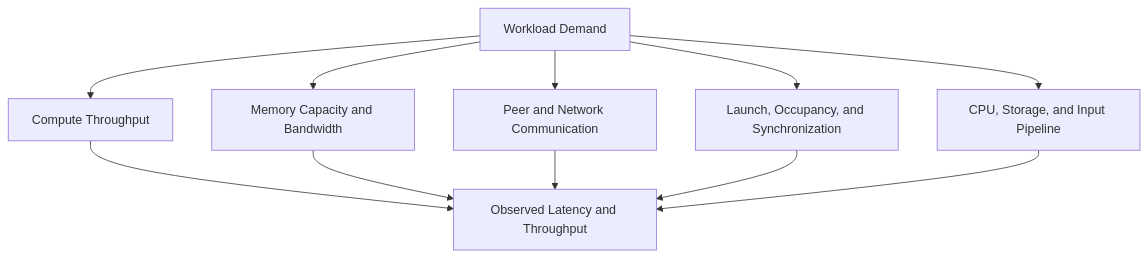
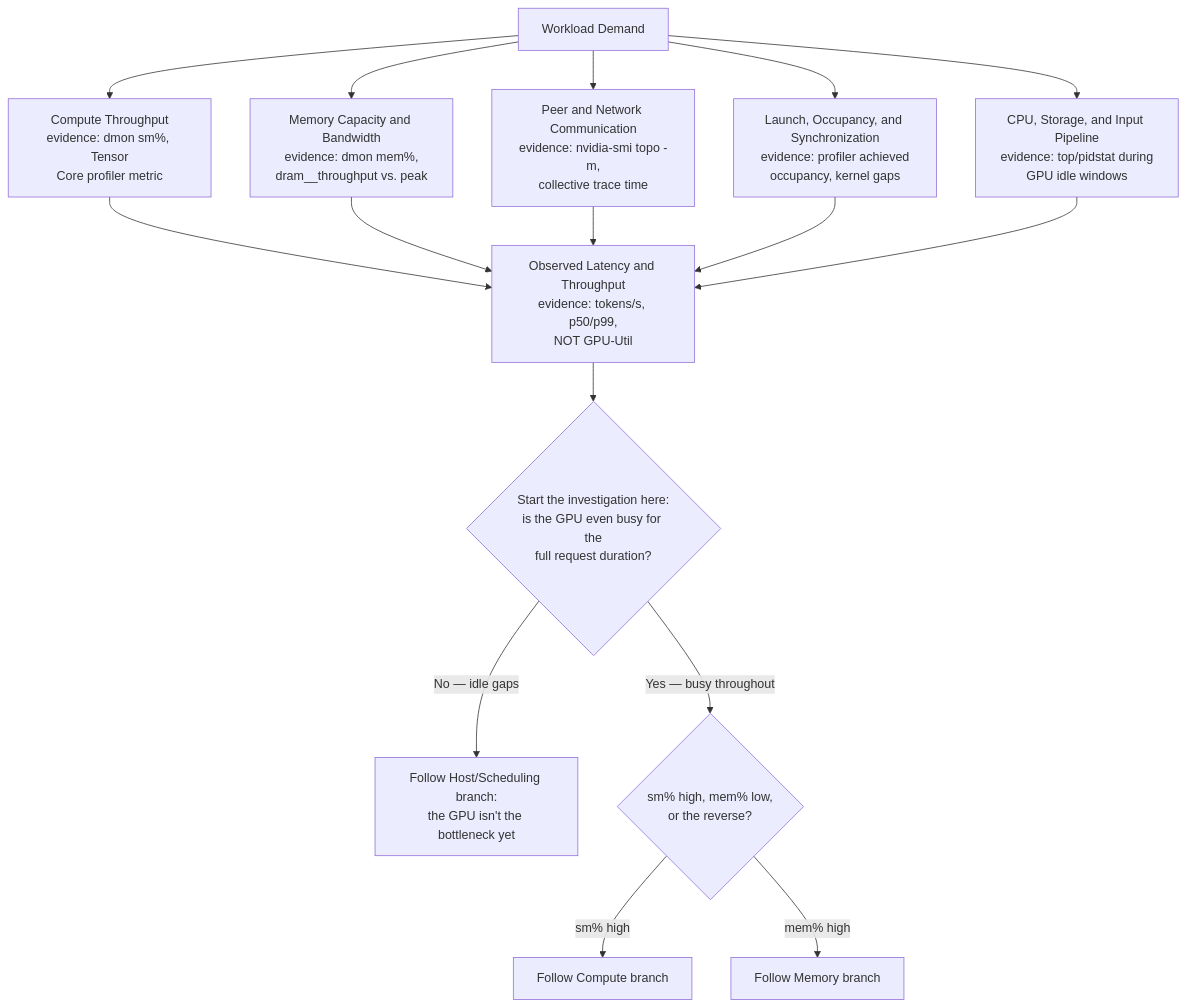
Before and after one commit to jithinpnjm/nvidia-devops: the first of 4 diagrams in docs/nvidia-zero-to-hero/volume-02/chapter-11-building-a-gpu-performance-model.md, drawn with Mermaid. The commit also changed other lines of this file, not shown here.

````diff
--- a/docs/nvidia-zero-to-hero/volume-02/chapter-11-building-a-gpu-performance-model.md
+++ b/docs/nvidia-zero-to-hero/volume-02/chapter-11-building-a-gpu-performance-model.md
@@ -52,16 +52,21 @@
 ```mermaid
 flowchart TD
     Workload[Workload Demand]
-    Compute[Compute Throughput]
-    Memory[Memory Capacity and Bandwidth]
-    Communication[Peer and Network Communication]
-    Scheduling[Launch, Occupancy, and Synchronization]
-    Host[CPU, Storage, and Input Pipeline]
-    Result[Observed Latency and Throughput]
+    Compute["Compute Throughput<br/>evidence: dmon sm%, Tensor<br/>Core profiler metric"]
+    Memory["Memory Capacity and Bandwidth<br/>evidence: dmon mem%,<br/>dram__throughput vs. peak"]
+    Communication["Peer and Network Communication<br/>evidence: nvidia-smi topo -m,<br/>collective trace time"]
+    Scheduling["Launch, Occupancy, and Synchronization<br/>evidence: profiler achieved<br/>occupancy, kernel gaps"]
+    Host["CPU, Storage, and Input Pipeline<br/>evidence: top/pidstat during<br/>GPU idle windows"]
+    Result["Observed Latency and Throughput<br/>evidence: tokens/s, p50/p99,<br/>NOT GPU-Util"]
 
     Workload --> Compute --> Result
     Workload --> Memory --> Result
     Workload --> Communication --> Result
     Workload --> Scheduling --> Result
     Workload --> Host --> Result
+    Result --> Order{"Start the investigation here:<br/>is the GPU even busy for the<br/>full request duration?"}
+    Order -->|"No — idle gaps"| HostPath["Follow Host/Scheduling branch:<br/>the GPU isn't the bottleneck yet"]
+    Order -->|"Yes — busy throughout"| DevicePath{"sm% high, mem% low,<br/>or the reverse?"}
+    DevicePath -->|"sm% high"| ComputePath["Follow Compute branch"]
+    DevicePath -->|"mem% high"| MemPath["Follow Memory branch"]
 ```
````
